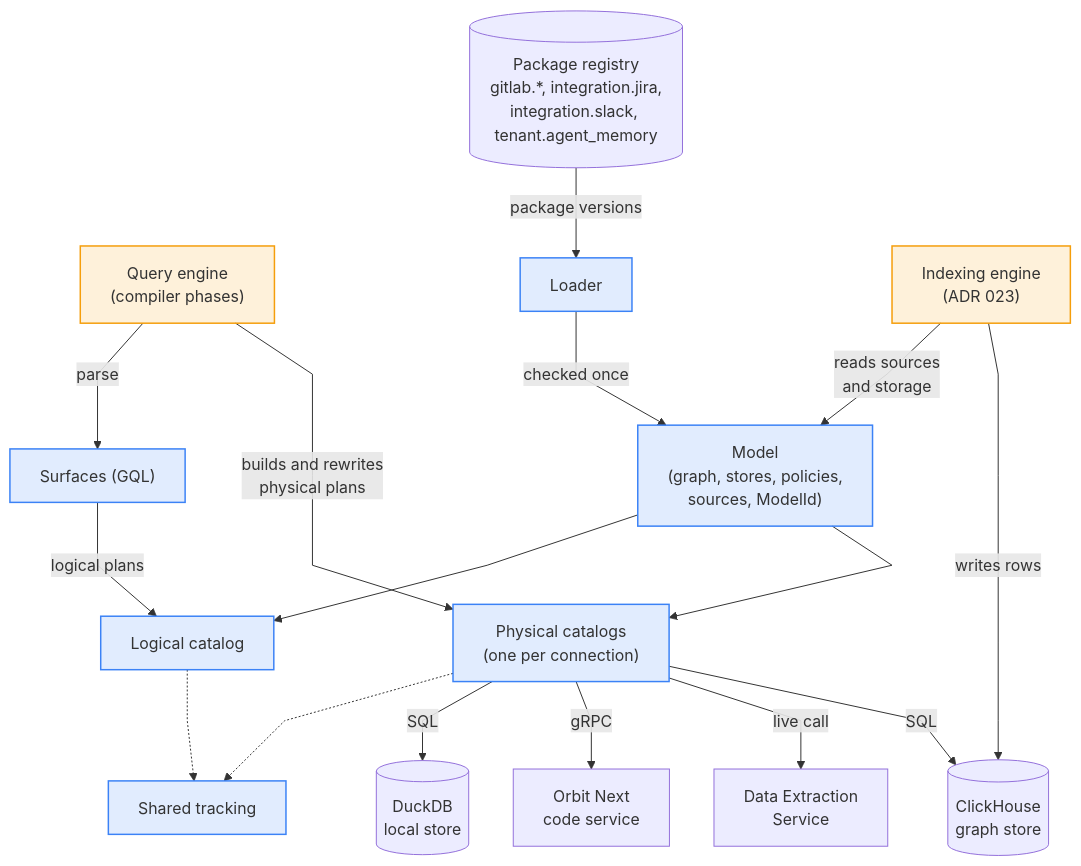
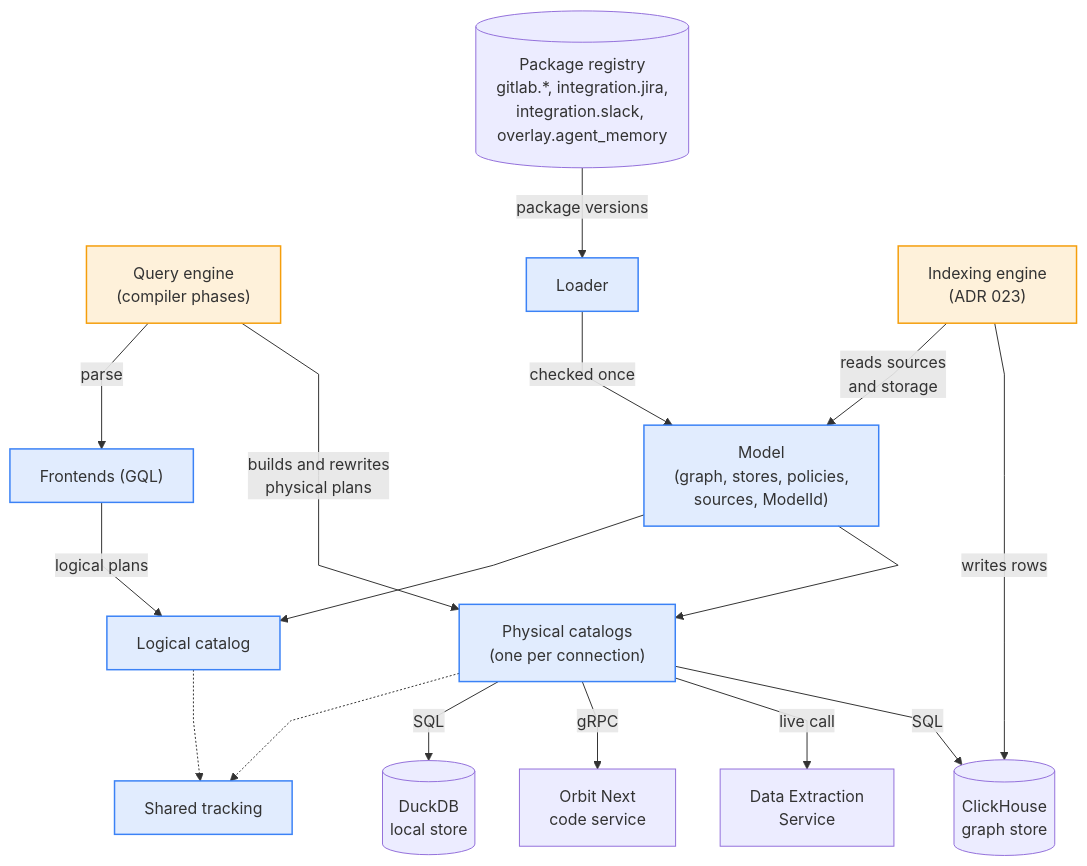
Before and after one commit to gitlabhq/orbit-knowledge-graph: the first of 9 diagrams in docs/pages/engineering/adr/024_pluggable_data_model.md, drawn with Mermaid. The commit also changed other lines of this file and 1 other file, not shown here.

Commit message:
docs(adr): say frontend and namespace overlay instead of surface and tenant

````diff
--- a/docs/pages/engineering/adr/024_pluggable_data_model.md
+++ b/docs/pages/engineering/adr/024_pluggable_data_model.md
@@ -66,40 +66,40 @@
 ```mermaid
 %%{init: {"flowchart": {"curve": "linear", "nodeSpacing": 45, "rankSpacing": 55}}}%%
 flowchart TB
     accTitle: The data model in one picture
-    accDescr: The package registry feeds the loader, which checks packages once into the model. The model exposes a logical catalog and one physical catalog per connection, both built on shared tracking. The query engine parses through the surfaces and builds and rewrites physical plans through the catalogs, which send SQL, gRPC or live calls to the backends. The indexing engine reads sources and storage from the model and writes rows to ClickHouse.
-    REG[("Package registry<br/>gitlab.*, integration.jira,<br/>integration.slack, tenant.agent_memory")]
+    accDescr: The package registry feeds the loader, which checks packages once into the model. The model exposes a logical catalog and one physical catalog per connection, both built on shared tracking. The query engine parses through the frontends and builds and rewrites physical plans through the catalogs, which send SQL, gRPC or live calls to the backends. The indexing engine reads sources and storage from the model and writes rows to ClickHouse.
+    REG[("Package registry<br/>gitlab.*, integration.jira,<br/>integration.slack, overlay.agent_memory")]
     E["Query engine<br/>(compiler phases)"]
     L["Loader"]
     IX["Indexing engine<br/>(ADR 023)"]
-    S["Surfaces (GQL)"]
+    S["Frontends (GQL)"]
     M["Model<br/>(graph, stores, policies,<br/>sources, ModelId)"]
     LC["Logical catalog"]
     PC["Physical catalogs<br/>(one per connection)"]
     T["Shared tracking"]
     DD[("DuckDB<br/>local store")]
     ON["Orbit Next<br/>code service"]
     DES["Data Extraction<br/>Service"]
     CH[("ClickHouse<br/>graph store")]
 
     REG -->|package versions| L
     L -->|checked once| M
     E -->|parse| S
     S -->|logical plans| LC
     M --> LC
     M --> PC
     E -->|builds and rewrites<br/>physical plans| PC
     IX -->|reads sources<br/>and storage| M
     LC -.-> T
     PC -.-> T
     PC -->|SQL| DD
     PC -->|gRPC| ON
     PC -->|live call| DES
     PC -->|SQL| CH
     IX -->|writes rows| CH
 
     classDef qdm fill:#3B82F626,stroke:#3B82F6,stroke-width:1.5px
     classDef engine fill:#F59E0B26,stroke:#F59E0B,stroke-width:1.5px
     class L,M,S,LC,PC,T qdm
     class E,IX engine
 ```
````
